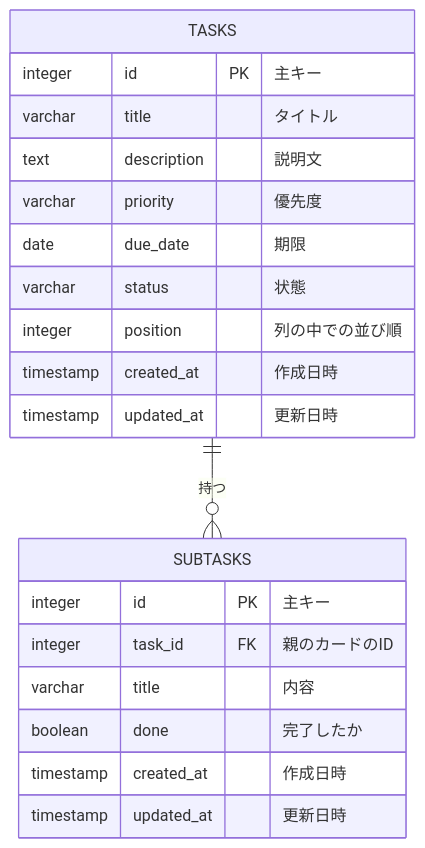
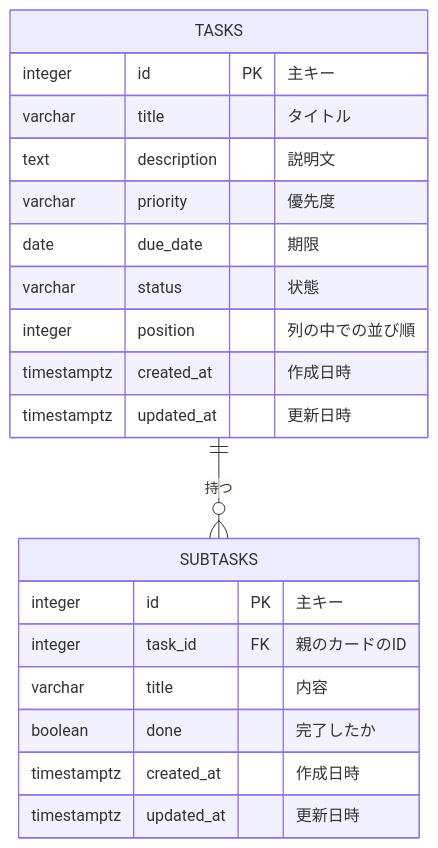
One commit to jkuwa/TaskManagement changed the diagram in docs/database.md. Above: the diagram before and after it, drawn with Mermaid. The commit also changed other lines of this file and 5 other files, not shown here.

````diff
--- a/docs/database.md
+++ b/docs/database.md
@@ -11,24 +11,24 @@
 ```mermaid
 erDiagram
     TASKS ||--o{ SUBTASKS : "持つ"
 
     TASKS {
         integer id PK "主キー"
         varchar title "タイトル"
         text description "説明文"
         varchar priority "優先度"
         date due_date "期限"
         varchar status "状態"
         integer position "列の中での並び順"
-        timestamp created_at "作成日時"
-        timestamp updated_at "更新日時"
+        timestamptz created_at "作成日時"
+        timestamptz updated_at "更新日時"
     }
     SUBTASKS {
         integer id PK "主キー"
         integer task_id FK "親のカードのID"
         varchar title "内容"
         boolean done "完了したか"
-        timestamp created_at "作成日時"
-        timestamp updated_at "更新日時"
+        timestamptz created_at "作成日時"
+        timestamptz updated_at "更新日時"
     }
 ```
````
